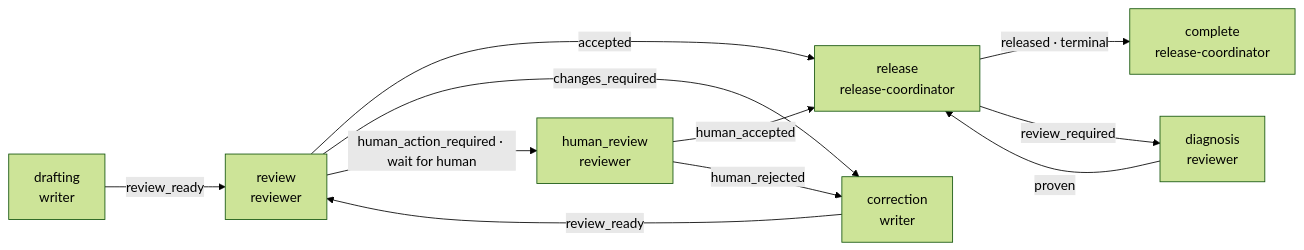
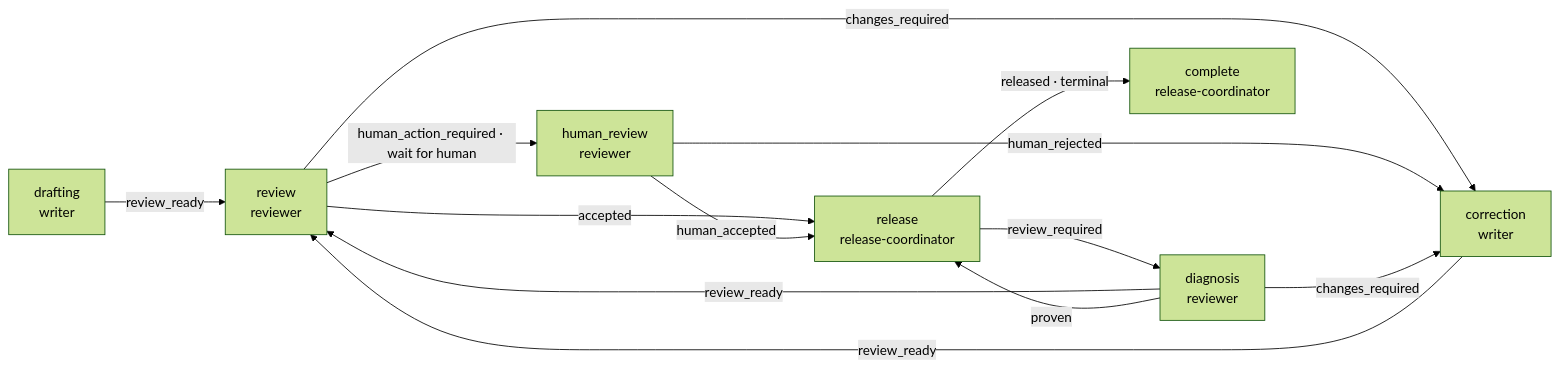
One commit to starodubtsevconsulting/ai-fleas changed the diagram in ai-workflows/writing/writing.workflow-map.mmd. Above: the diagram before and after it, drawn with Mermaid (forest theme). The commit also changed 4 other files, not shown here.

```diff
--- a/ai-workflows/writing/writing.workflow-map.mmd
+++ b/ai-workflows/writing/writing.workflow-map.mmd
@@ -1,18 +1,20 @@
 flowchart LR
     drafting["drafting<br/>writer"]
     review["review<br/>reviewer"]
     human_review["human_review<br/>reviewer"]
     correction["correction<br/>writer"]
     release["release<br/>release-coordinator"]
     diagnosis["diagnosis<br/>reviewer"]
     complete["complete<br/>release-coordinator"]
     drafting -->|review_ready| review
     review -->|accepted| release
     review -->|changes_required| correction
     review -->|human_action_required · wait for human| human_review
     human_review -->|human_accepted| release
     human_review -->|human_rejected| correction
     correction -->|review_ready| review
     release -->|released · terminal| complete
     release -->|review_required| diagnosis
+    diagnosis -->|review_ready| review
+    diagnosis -->|changes_required| correction
     diagnosis -->|proven| release
```
